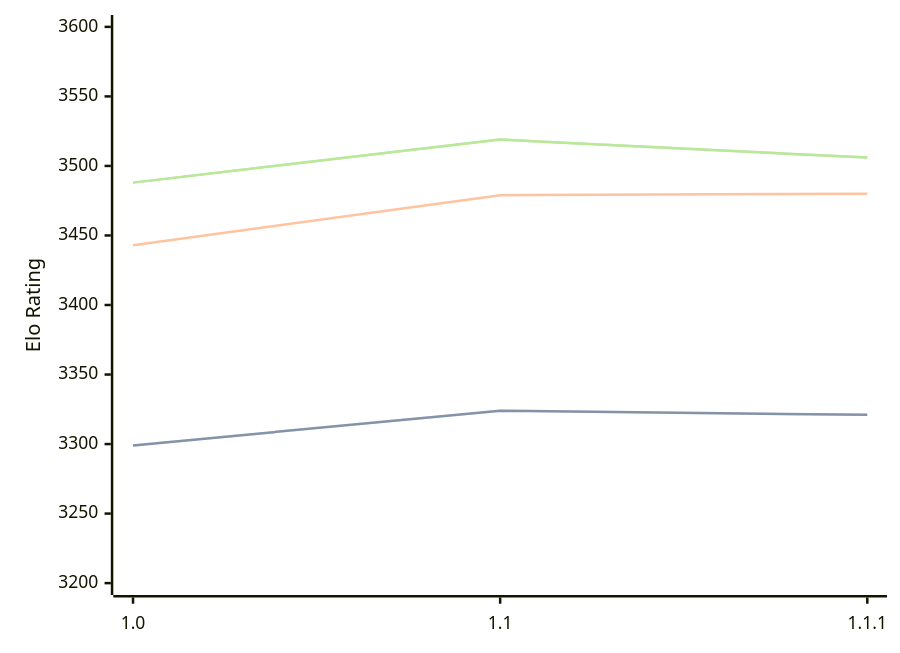
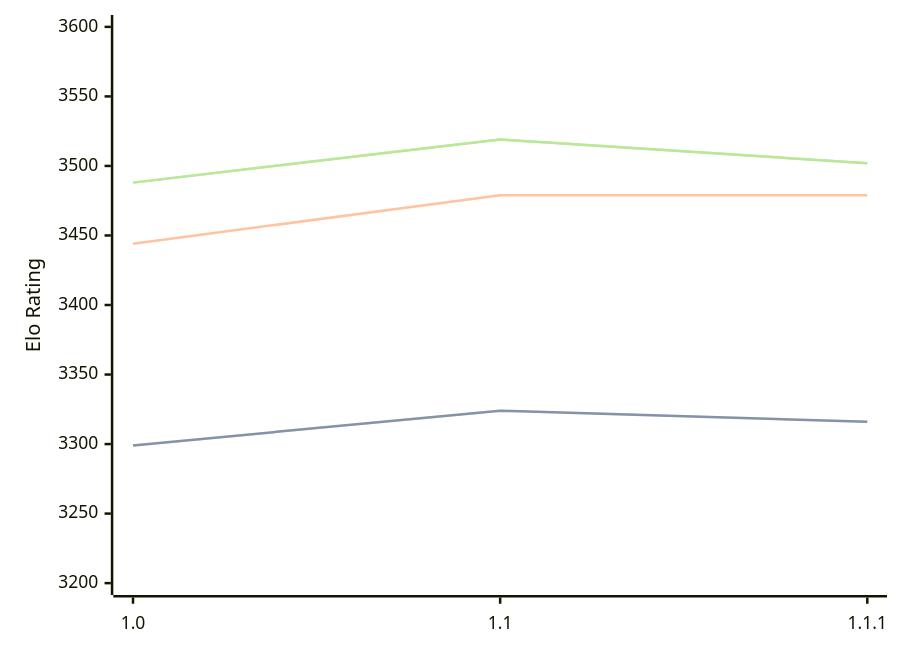
Before and after one commit to computer-chess-index/cci: the diagram in engines/Icarus.md, drawn with Mermaid. The commit also changed other lines of this file, not shown here.

Commit message:
Update CCI Ratings (ELO VLTC) - 2026-07-20

````diff
--- a/engines/Icarus.md
+++ b/engines/Icarus.md
@@ -33,11 +33,11 @@
 ```mermaid
 %%{init: {"theme":"base","themeVariables":{"seriesColors:['#a3a3a3','#222221','#faa371']}}}%%
 xychart-beta
   x-axis ["1.0", "1.1", "1.1.1"]
   y-axis "Elo Rating" 3200 --> 3600
-  line "STC (8.0+0.08s)" [3299, 3324, 3321]
-  line "STC (8.0+0.08s)" [3299, 3324, 3321]
-  line "LTC (60.0+0.60s)" [3443, 3479, 3480]
-  line "VLTC (2m24s+1.12s)" [3488, 3519, 3506]
-  line "VLTC (2m24s+1.12s)" [3488, 3519, 3506]
+  line "STC (8.0+0.08s)" [3299, 3324, 3316]
+  line "STC (8.0+0.08s)" [3299, 3324, 3316]
+  line "LTC (60.0+0.60s)" [3444, 3479, 3479]
+  line "VLTC (2m24s+1.12s)" [3488, 3519, 3502]
+  line "VLTC (2m24s+1.12s)" [3488, 3519, 3502]
 ```
````
